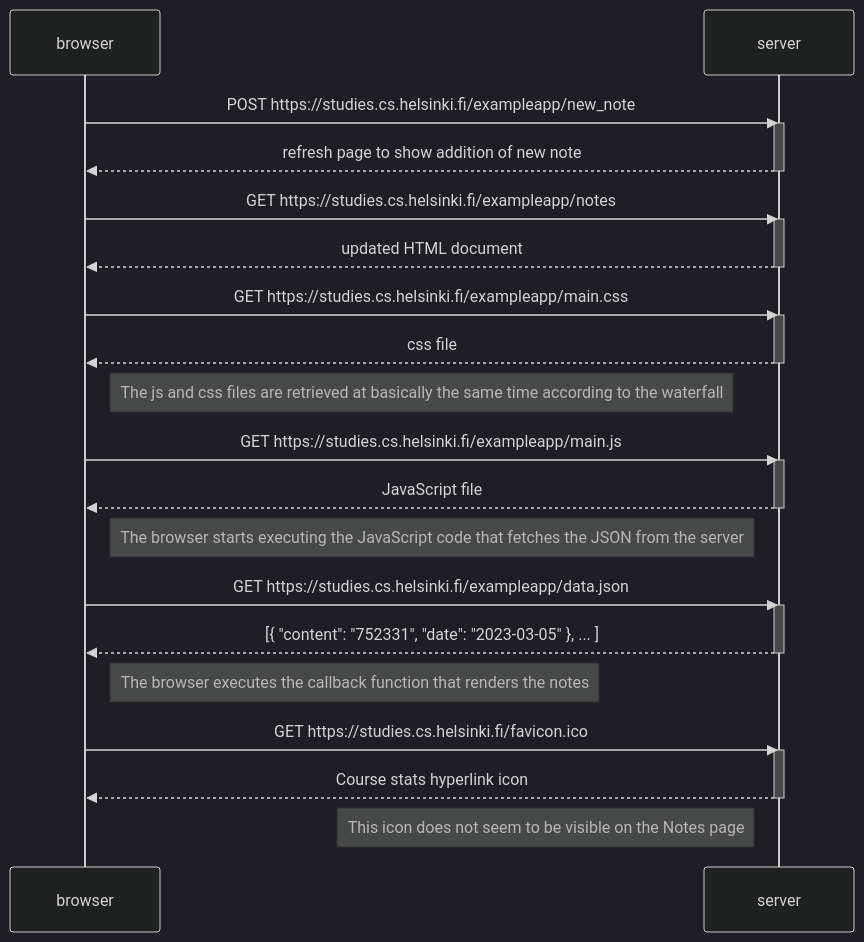
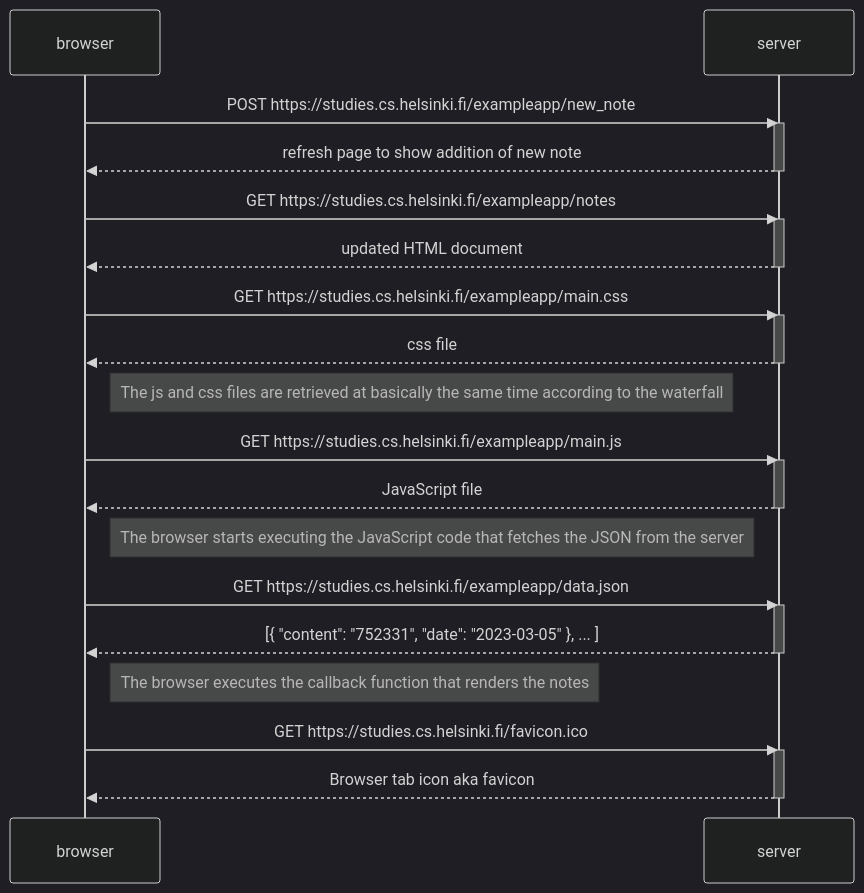
One commit to KennyHermus/FullstackOpen changed the diagram in part0/ex4.md. Above: the diagram before and after it, drawn with Mermaid (dark theme). The commit also changed 26 other files, not shown here.

````diff
--- a/part0/ex4.md
+++ b/part0/ex4.md
@@ -1,43 +1,41 @@
 ```mermaid
 sequenceDiagram
     participant browser
     participant server
 
     browser->>server: POST https://studies.cs.helsinki.fi/exampleapp/new_note
     activate server
     server-->>browser: refresh page to show addition of new note
     deactivate server
 
     browser->>server: GET https://studies.cs.helsinki.fi/exampleapp/notes
     activate server
     server-->>browser: updated HTML document
     deactivate server
     
     browser->>server: GET https://studies.cs.helsinki.fi/exampleapp/main.css
     activate server
     server-->>browser: css file
     deactivate server
 
     Note right of browser: The js and css files are retrieved at basically the same time according to the waterfall
 
     browser->>server: GET https://studies.cs.helsinki.fi/exampleapp/main.js
     activate server
     server-->>browser: JavaScript file
     deactivate server
     
     Note right of browser: The browser starts executing the JavaScript code that fetches the JSON from the server
     
     browser->>server: GET https://studies.cs.helsinki.fi/exampleapp/data.json
     activate server
     server-->>browser: [{ "content": "752331", "date": "2023-03-05" }, ... ]
     deactivate server
 
     Note right of browser: The browser executes the callback function that renders the notes
 
     browser->>server: GET https://studies.cs.helsinki.fi/favicon.ico
     activate server
-    server-->>browser: Course stats hyperlink icon
+    server-->>browser: Browser tab icon aka favicon
     deactivate server
-
-    Note left of server: This icon does not seem to be visible on the Notes page
 ```
````
